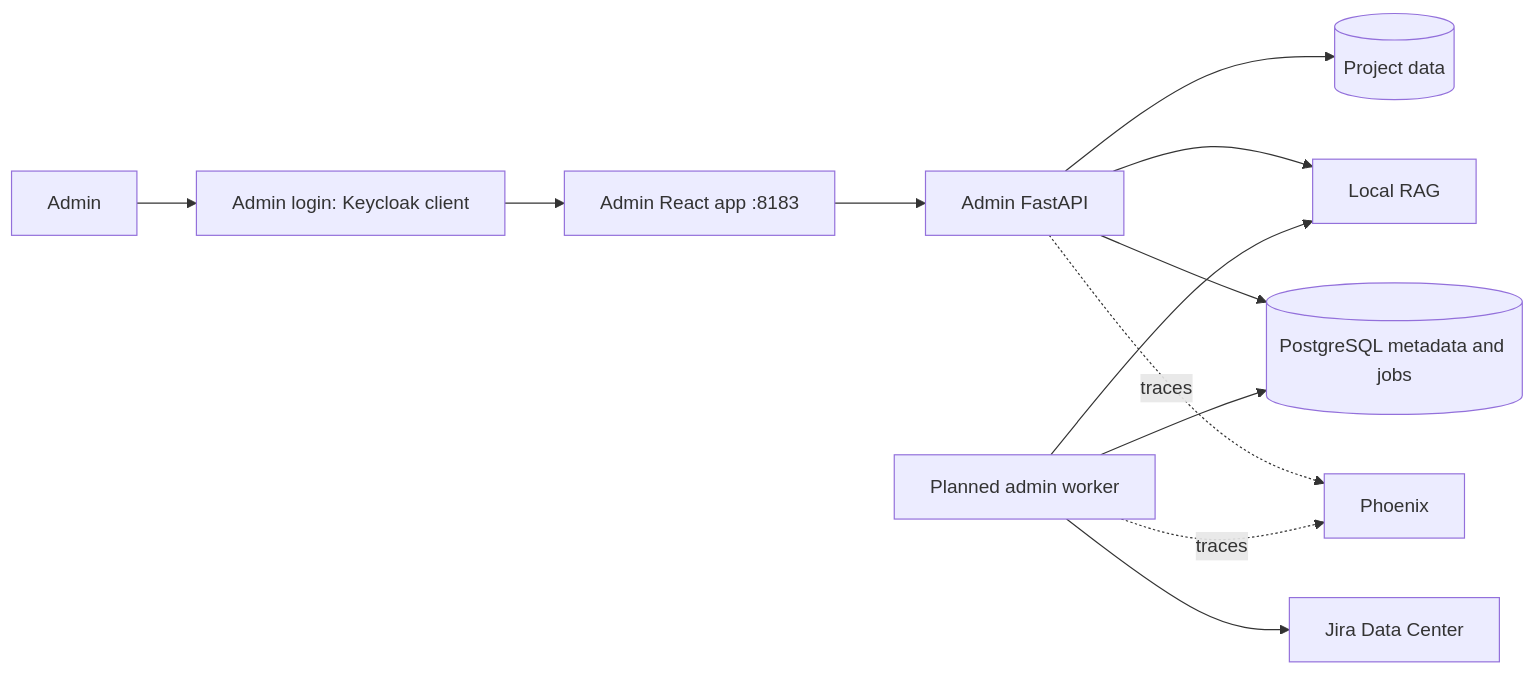
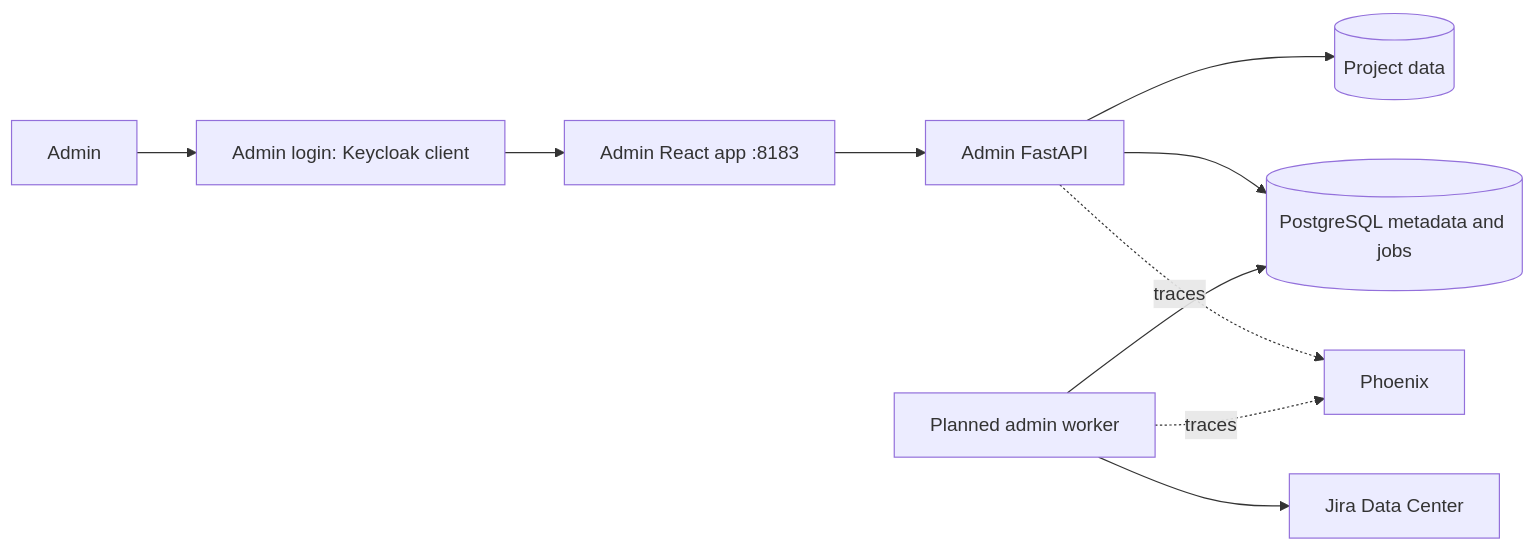
One commit to pulsarpoint/knowledge-agent changed the diagram in docs/architecture.md. Above: the diagram before and after it, drawn with Mermaid. The commit also changed other lines of this file and 11 other files, not shown here.

````diff
--- a/docs/architecture.md
+++ b/docs/architecture.md
@@ -24,14 +24,12 @@
 ```mermaid
 flowchart LR
     Admin --> AdminLogin[Admin login: Keycloak client]
     AdminLogin --> AdminUI[Admin React app :8183]
     AdminUI --> AdminAPI[Admin FastAPI]
     AdminAPI --> Data[(Project data)]
-    AdminAPI --> RAG[Local RAG]
     AdminAPI --> DB[(PostgreSQL metadata and jobs)]
     Worker[Planned admin worker] --> DB
     Worker --> Jira[Jira Data Center]
-    Worker --> RAG
     AdminAPI -. traces .-> Phoenix
     Worker -. traces .-> Phoenix
 ```
````
